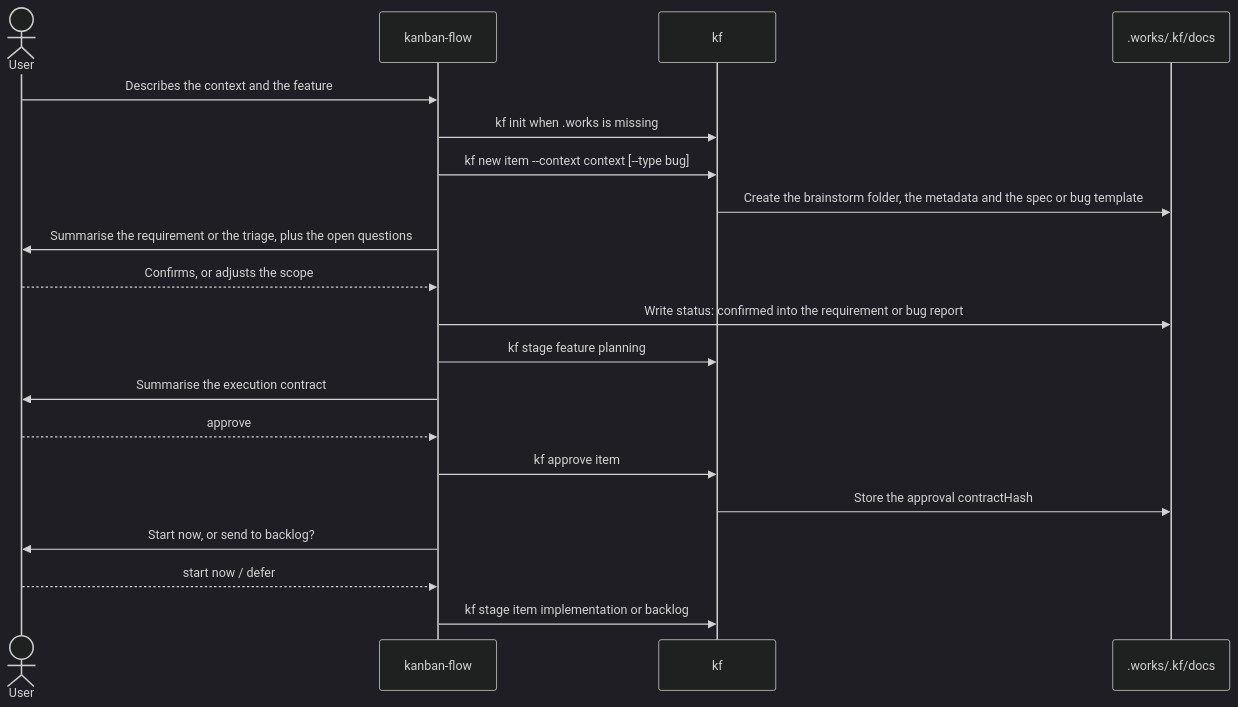
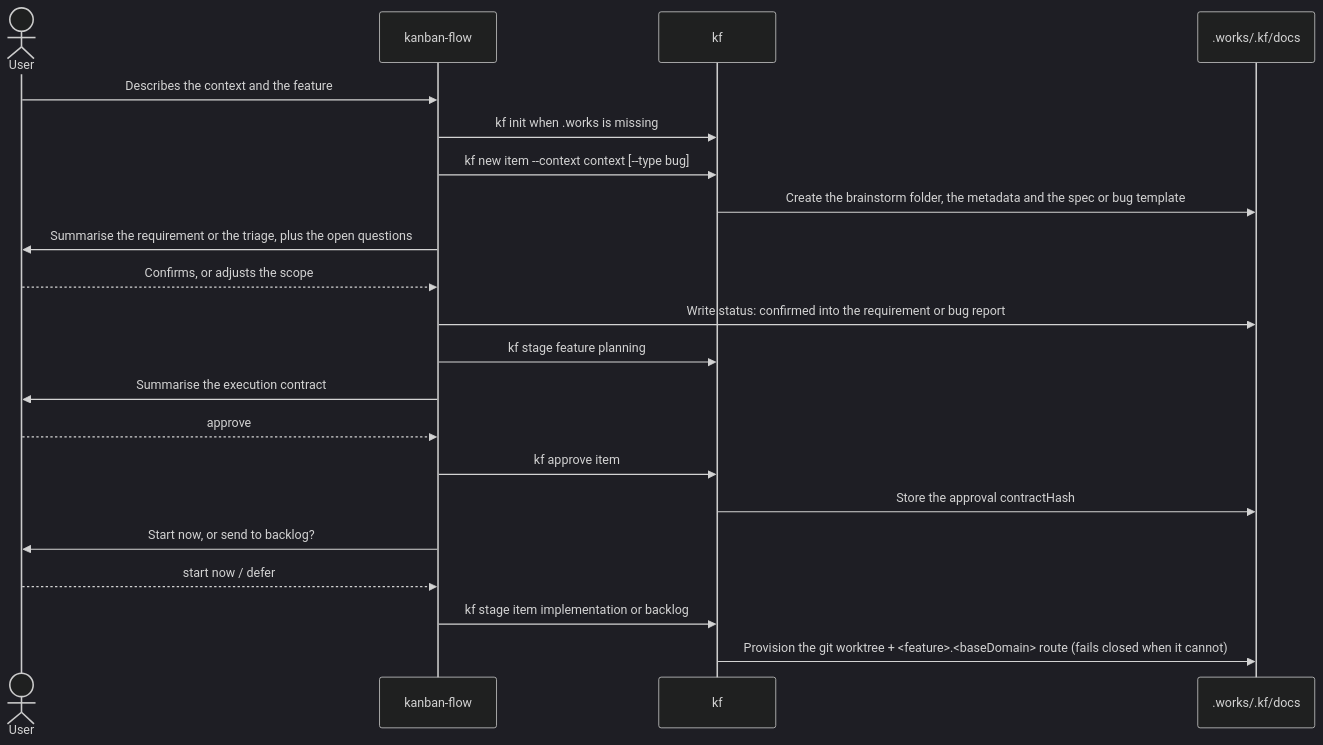
One commit to phuthuycoding/kanban-flow changed the second of 3 diagrams in docs/workflow/lifecycle.md. Above: the diagram before and after it, drawn with Mermaid (dark theme). The commit also changed 45 other files, not shown here.

First line of the commit message:
feat(cli): per-item git worktrees with a kf-owned .test domain layer

````diff
--- a/docs/workflow/lifecycle.md
+++ b/docs/workflow/lifecycle.md
@@ -62,23 +62,24 @@
 ```mermaid
 sequenceDiagram
     actor User
     participant Orchestrator as kanban-flow
     participant CLI as kf
     participant FS as .works/.kf/docs
 
     User->>Orchestrator: Describes the context and the feature
     Orchestrator->>CLI: kf init when .works is missing
     Orchestrator->>CLI: kf new item --context context [--type bug]
     CLI->>FS: Create the brainstorm folder, the metadata and the spec or bug template
     Orchestrator->>User: Summarise the requirement or the triage, plus the open questions
     User-->>Orchestrator: Confirms, or adjusts the scope
     Orchestrator->>FS: Write status: confirmed into the requirement or bug report
     Orchestrator->>CLI: kf stage feature planning
     Orchestrator->>User: Summarise the execution contract
     User-->>Orchestrator: approve
     Orchestrator->>CLI: kf approve item
     CLI->>FS: Store the approval contractHash
     Orchestrator->>User: Start now, or send to backlog?
     User-->>Orchestrator: start now / defer
     Orchestrator->>CLI: kf stage item implementation or backlog
+    CLI->>FS: Provision the git worktree + <feature>.<baseDomain> route (fails closed when it cannot)
 ```
````
